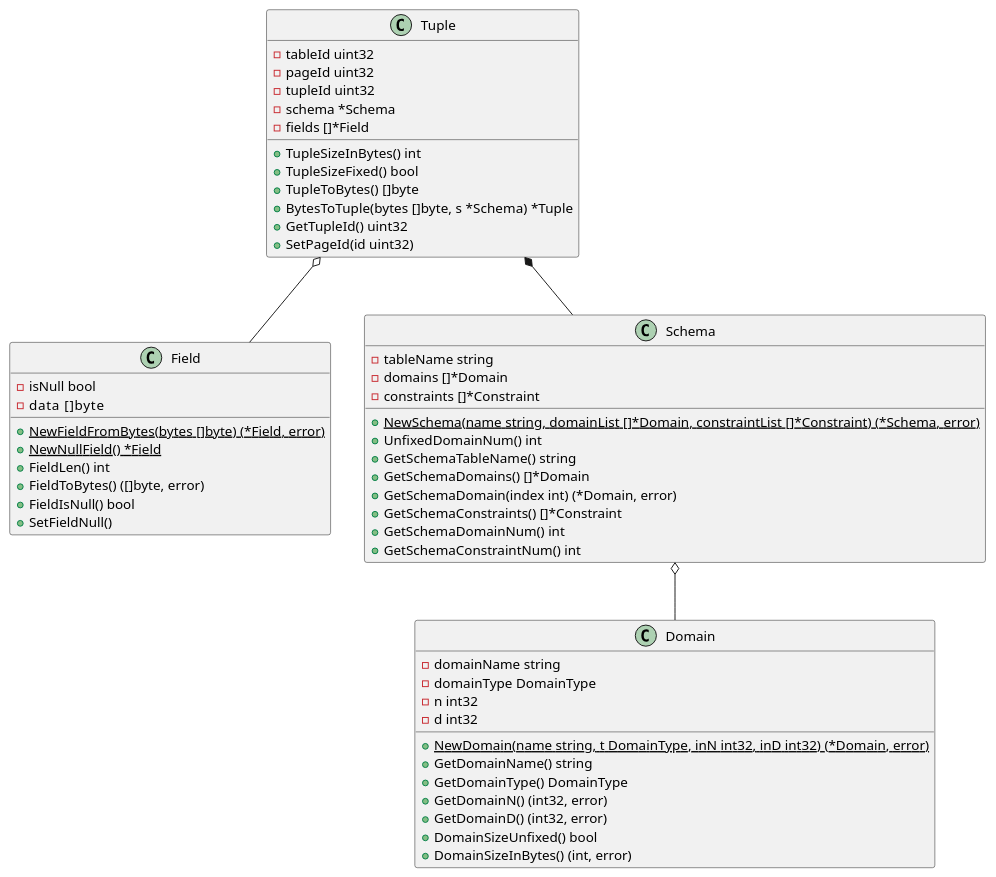
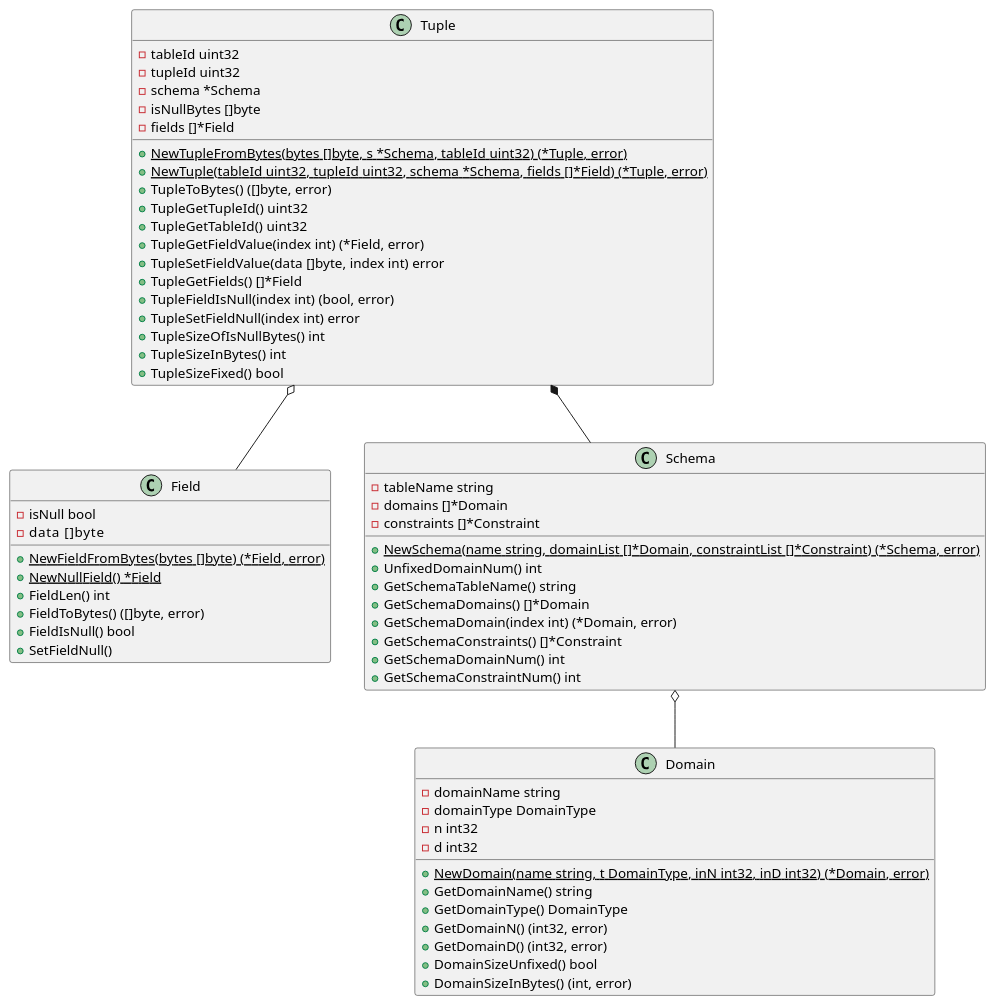
Before and after one commit to JorryJoestar/ZetaDB: the diagram in UML/container.wsd, drawn with PlantUML. The commit also changed 1 other file, not shown here.

Commit message:
uml & container

```diff
--- a/UML/container.wsd
+++ b/UML/container.wsd
@@ -1,65 +1,71 @@
 @startuml
 
 class Field{
     -isNull bool
 	-data   []byte
     
     +{static} NewFieldFromBytes(bytes []byte) (*Field, error)
     +{static} NewNullField() *Field
     +FieldLen() int
     +FieldToBytes() ([]byte, error)
     +FieldIsNull() bool
     +SetFieldNull()
 }
 
 class Domain{
     -domainName string
 	-domainType DomainType
 	-n int32
 	-d int32
 
     +{static} NewDomain(name string, t DomainType, inN int32, inD int32) (*Domain, error)
     +GetDomainName() string
     +GetDomainType() DomainType
     +GetDomainN() (int32, error)
     +GetDomainD() (int32, error)
     +DomainSizeUnfixed() bool
     +DomainSizeInBytes() (int, error)
 }
 
 class Schema{
     -tableName string
 	-domains []*Domain
 	-constraints []*Constraint
 
     +{static} NewSchema(name string, domainList []*Domain, constraintList []*Constraint) (*Schema, error)
     +UnfixedDomainNum() int
     +GetSchemaTableName() string
     +GetSchemaDomains() []*Domain
     +GetSchemaDomain(index int) (*Domain, error)
     +GetSchemaConstraints() []*Constraint
     +GetSchemaDomainNum() int
     +GetSchemaConstraintNum() int
 }
 
 class Tuple{
     -tableId uint32
-	-pageId uint32
 	-tupleId uint32
 	-schema *Schema
+    -isNullBytes []byte
 	-fields []*Field
 
+    +{static} NewTupleFromBytes(bytes []byte, s *Schema, tableId uint32) (*Tuple, error)
+    +{static} NewTuple(tableId uint32, tupleId uint32, schema *Schema, fields []*Field) (*Tuple, error)
+    +TupleToBytes() ([]byte, error)
+    +TupleGetTupleId() uint32
+    +TupleGetTableId() uint32
+    +TupleGetFieldValue(index int) (*Field, error)
+    +TupleSetFieldValue(data []byte, index int) error
+    +TupleGetFields() []*Field
+    +TupleFieldIsNull(index int) (bool, error)
+    +TupleSetFieldNull(index int) error
+    +TupleSizeOfIsNullBytes() int
     +TupleSizeInBytes() int
     +TupleSizeFixed() bool
-    +TupleToBytes() []byte
-    +BytesToTuple(bytes []byte, s *Schema) *Tuple
-    +GetTupleId() uint32
-    +SetPageId(id uint32)
-
 }
 
 Schema o-- Domain
 Tuple o-- Field
 Tuple *-- Schema
 
 @enduml
```
